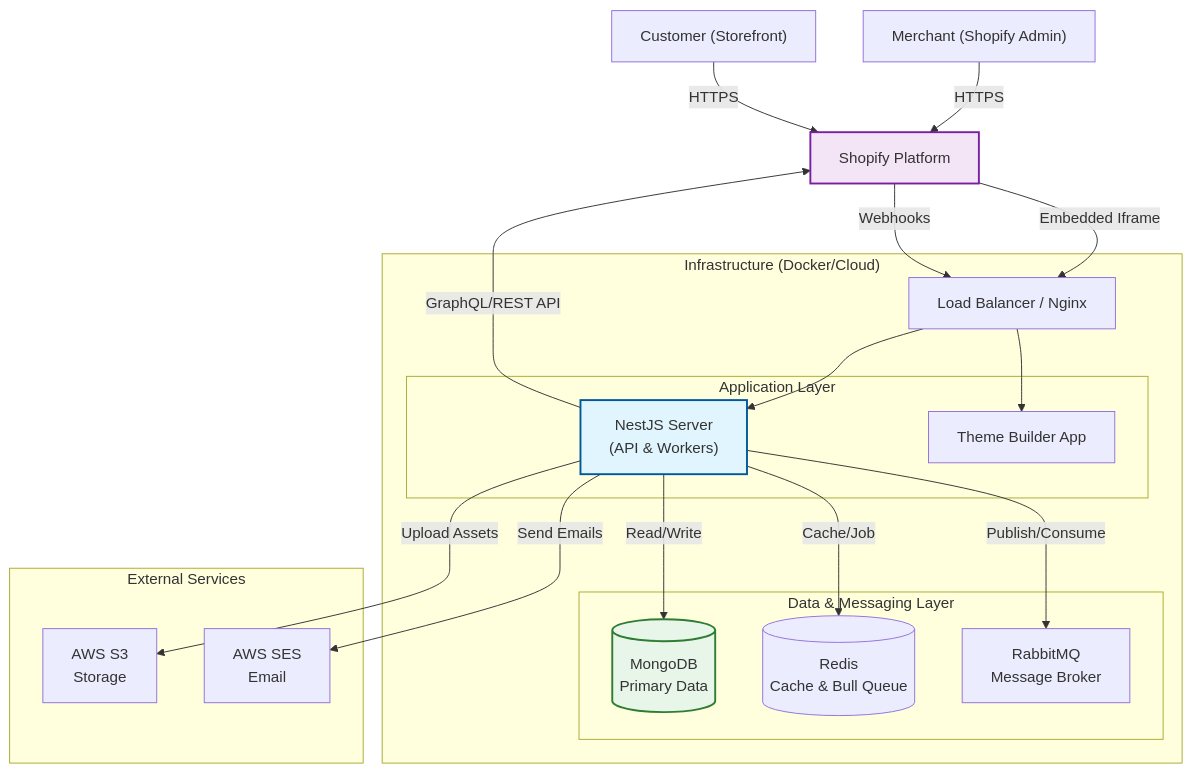
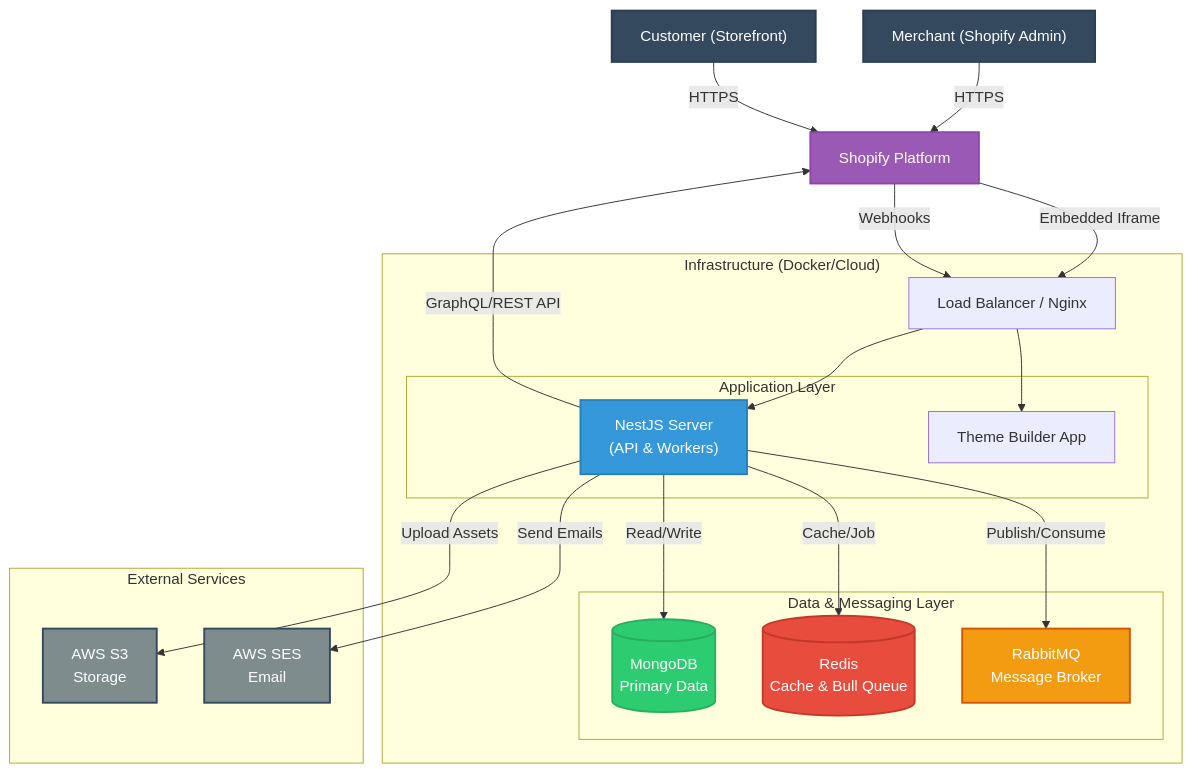
The first of 3 diagrams in dsfds.md (2good4me/jenkinsCICD), drawn with Mermaid before and after one commit.

````diff
--- a/dsfds.md
+++ b/dsfds.md
@@ -34,50 +34,56 @@
 ```mermaid
 graph TD
     %% Define Nodes
     Merchant["Merchant (Shopify Admin)"]
     Customer["Customer (Storefront)"]
     Shopify["Shopify Platform"]
     
     subgraph "Infrastructure (Docker/Cloud)"
         LB["Load Balancer / Nginx"]
         
         subgraph "Application Layer"
             NestJS["NestJS Server<br/>(API & Workers)"]
             ThemeBuilder["Theme Builder App"]
         end
         
         subgraph "Data & Messaging Layer"
             MongoDB[("MongoDB<br/>Primary Data")]
             Redis[("Redis<br/>Cache & Bull Queue")]
             RabbitMQ["RabbitMQ<br/>Message Broker"]
         end
     end
     
     subgraph "External Services"
         AWS_S3["AWS S3<br/>Storage"]
         AWS_SES["AWS SES<br/>Email"]
     end
 
     %% Connections
     Merchant -->|HTTPS| Shopify
     Customer -->|HTTPS| Shopify
     
     Shopify -->|Embedded Iframe| LB
     Shopify -->|Webhooks| LB
     
     LB --> NestJS
     LB --> ThemeBuilder
     
     NestJS -->|Read/Write| MongoDB
     NestJS -->|Cache/Job| Redis
     NestJS -->|Publish/Consume| RabbitMQ
     
     NestJS -->|Upload Assets| AWS_S3
     NestJS -->|Send Emails| AWS_SES
     NestJS -->|GraphQL/REST API| Shopify
     
     %% Styles
-    style NestJS fill:#e1f5fe,stroke:#01579b,stroke-width:2px
-    style MongoDB fill:#e8f5e9,stroke:#2e7d32,stroke-width:2px
-    style Shopify fill:#f3e5f5,stroke:#7b1fa2,stroke-width:2px
+    style NestJS fill:#3498db,stroke:#2980b9,stroke-width:2px,color:#fff
+    style MongoDB fill:#2ecc71,stroke:#27ae60,stroke-width:2px,color:#fff
+    style Shopify fill:#9b59b6,stroke:#8e44ad,stroke-width:2px,color:#fff
+    style Redis fill:#e74c3c,stroke:#c0392b,stroke-width:2px,color:#fff
+    style RabbitMQ fill:#f39c12,stroke:#d35400,stroke-width:2px,color:#fff
+    style AWS_S3 fill:#7f8c8d,stroke:#34495e,stroke-width:2px,color:#fff
+    style AWS_SES fill:#7f8c8d,stroke:#34495e,stroke-width:2px,color:#fff
+    style Merchant fill:#34495e,stroke:#2c3e50,stroke-width:2px,color:#fff
+    style Customer fill:#34495e,stroke:#2c3e50,stroke-width:2px,color:#fff
 ```
````
